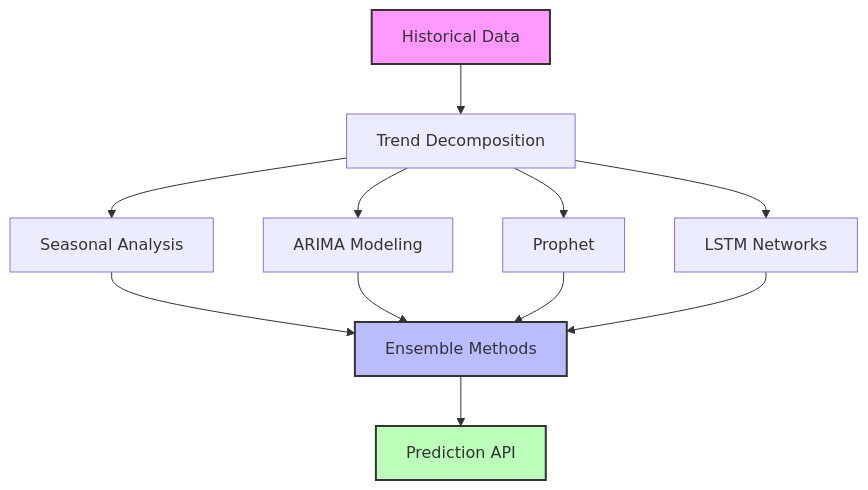
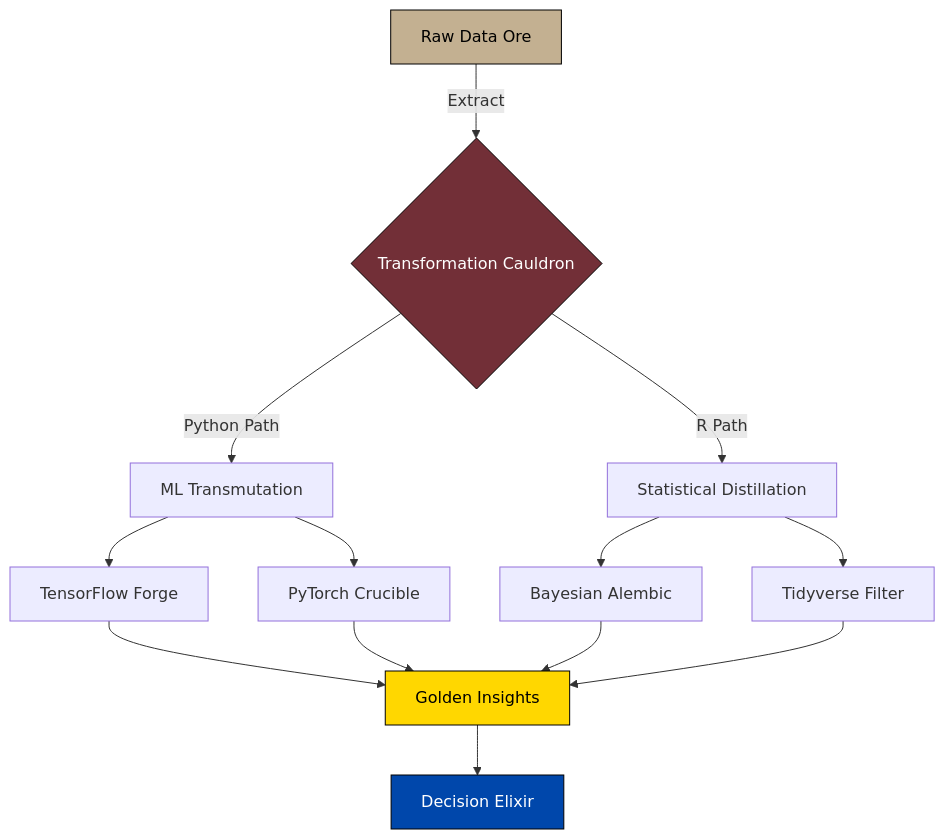
Before and after one commit to joaquimtimoteo/joaquimtimoteo: the diagram in README.md, drawn with Mermaid. The commit also changed other lines of this file, not shown here.

````diff
--- a/README.md
+++ b/README.md
@@ -234,14 +112,19 @@
-  ```mermaid
-  graph TD
-      A[Historical Data] --> B[Trend Decomposition]
-      B --> C[Seasonal Analysis]
-      B --> D[ARIMA Modeling]
-      B --> E[Prophet]
-      B --> F[LSTM Networks]
-      C & D & E & F --> G[Ensemble Methods]
-      G --> H[Prediction API]
-      
-      style A fill:#f9f,stroke:#333,stroke-width:2px
-      style G fill:#bbf,stroke:#333,stroke-width:2px
-      style H fill:#bfb,stroke:#333,stroke-width:2px
-  ```
+```mermaid
+graph TD
+    A[Raw Data Ore] --> |Extract| B{Transformation Cauldron}
+    B -->|Python Path| C[ML Transmutation]
+    B -->|R Path| D[Statistical Distillation]
+    
+    C --> E[TensorFlow Forge]
+    C --> F[PyTorch Crucible]
+    D --> G[Bayesian Alembic]
+    D --> H[Tidyverse Filter]
+    
+    E & F & G & H --> I[Golden Insights]
+    I --> J[Decision Elixir]
+    
+    style A fill:#C3B091,stroke:#000,color:#000
+    style B fill:#722F37,stroke:#000,color:#fff
+    style I fill:#FFD700,stroke:#000,color:#000
+    style J fill:#0047AB,stroke:#000,color:#fff
+```
````
